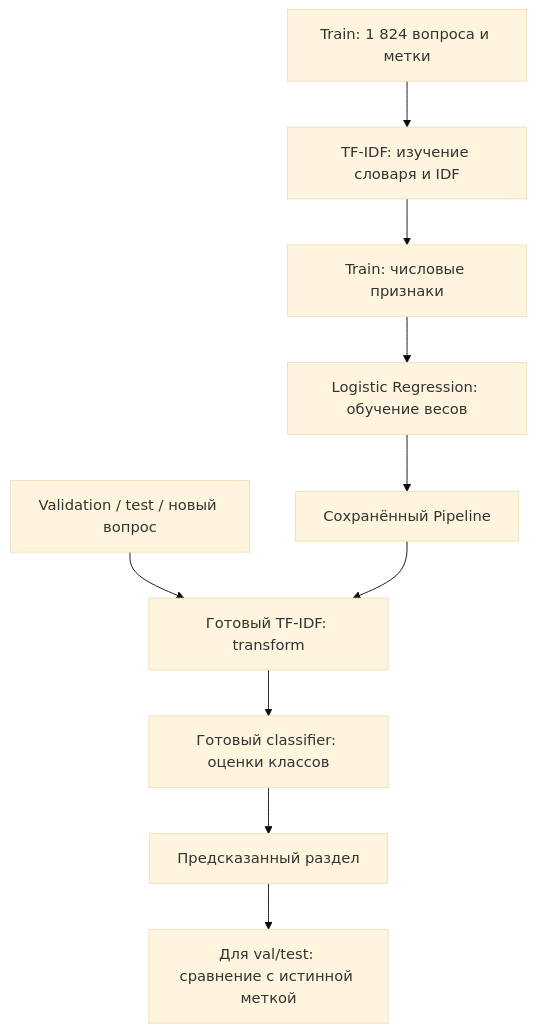
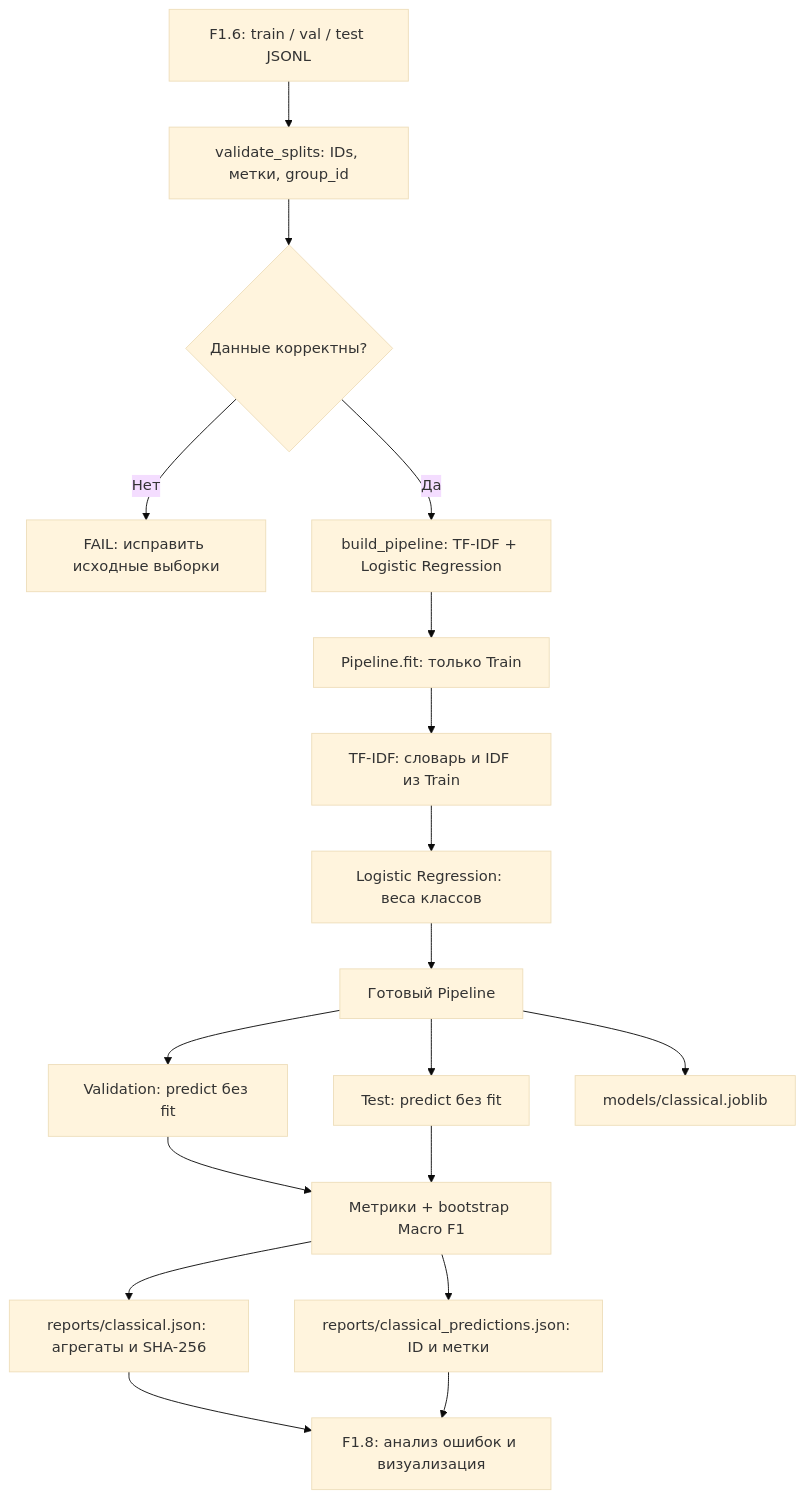
One commit to trasher88/ml-engineering-lab changed the diagram in docs/steps/F1_07_classical_baseline.md. Above: the diagram before and after it, drawn with Mermaid (base theme). The commit also changed other lines of this file and 8 other files, not shown here.

````diff
--- a/docs/steps/F1_07_classical_baseline.md
+++ b/docs/steps/F1_07_classical_baseline.md
@@ -74,12 +361,20 @@
 ```mermaid
 flowchart TD
-    A["Train: 1 824 вопроса и метки"] --> B["TF-IDF: изучение словаря и IDF"]
-    B --> C["Train: числовые признаки"]
-    C --> D["Logistic Regression: обучение весов"]
-    D --> E["Сохранённый Pipeline"]
-    F["Validation / test / новый вопрос"] --> G["Готовый TF-IDF: transform"]
-    E --> G
-    G --> H["Готовый classifier: оценки классов"]
-    H --> I["Предсказанный раздел"]
-    I --> J["Для val/test: сравнение с истинной меткой"]
+    A["F1.6: train / val / test JSONL"] --> B["validate_splits: IDs, метки, group_id"]
+    B --> C{"Данные корректны?"}
+    C -->|Нет| X["FAIL: исправить исходные выборки"]
+    C -->|Да| D["build_pipeline: TF-IDF + Logistic Regression"]
+    D --> E["Pipeline.fit: только Train"]
+    E --> F["TF-IDF: словарь и IDF из Train"]
+    F --> G["Logistic Regression: веса классов"]
+    G --> H["Готовый Pipeline"]
+    H --> I["Validation: predict без fit"]
+    H --> J["Test: predict без fit"]
+    I --> K["Метрики + bootstrap Macro F1"]
+    J --> K
+    H --> L["models/classical.joblib"]
+    K --> M["reports/classical.json: агрегаты и SHA-256"]
+    K --> N["reports/classical_predictions.json: ID и метки"]
+    M --> O["F1.8: анализ ошибок и визуализация"]
+    N --> O
 ```
````
